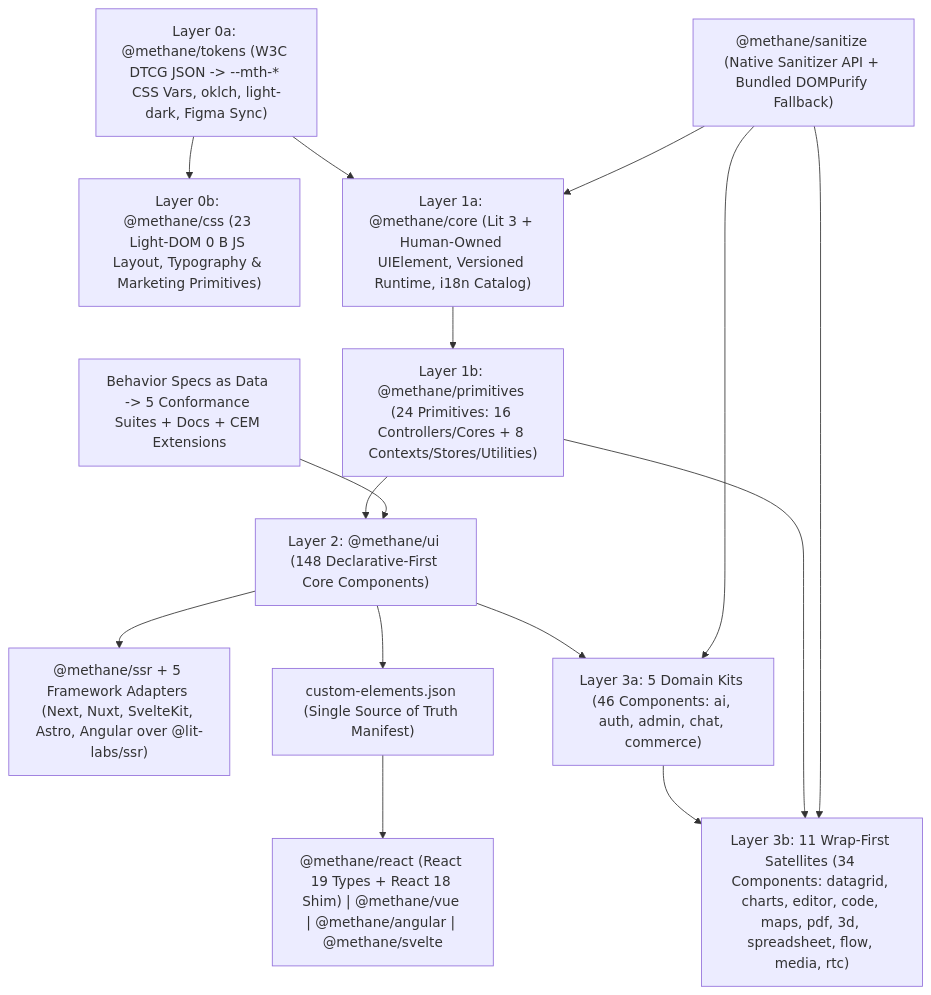
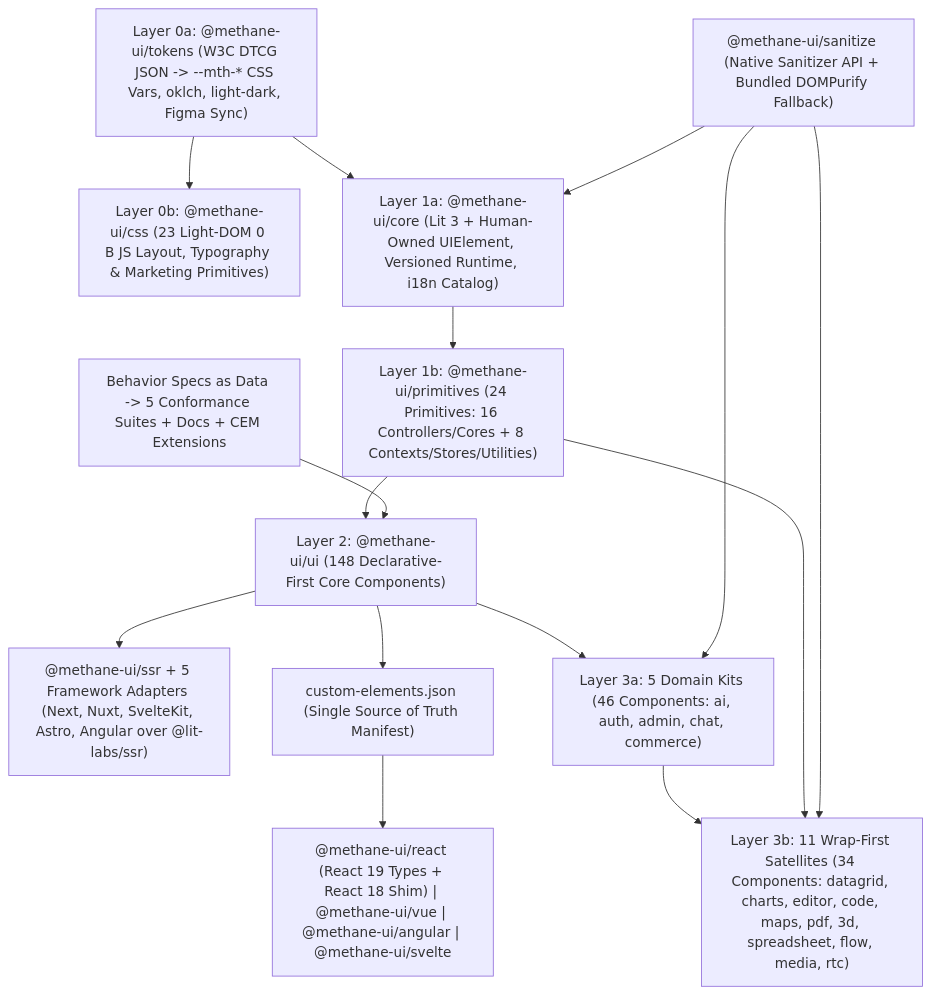
The diagram in PLAN.md (MehdiNosrati/methane), drawn with Mermaid before and after one commit. The commit also changed other lines of this file and 1416 other files, not shown here.

````diff
--- a/PLAN.md
+++ b/PLAN.md
@@ -10,30 +10,30 @@
 ```mermaid
 flowchart TD
-  Tokens["Layer 0a: @methane/tokens (W3C DTCG JSON -> --mth-* CSS Vars, oklch, light-dark, Figma Sync)"]
-  CSS["Layer 0b: @methane/css (23 Light-DOM 0 B JS Layout, Typography & Marketing Primitives)"]
-  Sanitize["@methane/sanitize (Native Sanitizer API + Bundled DOMPurify Fallback)"]
-  Core["Layer 1a: @methane/core (Lit 3 + Human-Owned UIElement, Versioned Runtime, i18n Catalog)"]
-  Primitives["Layer 1b: @methane/primitives (24 Primitives: 16 Controllers/Cores + 8 Contexts/Stores/Utilities)"]
-  UI["Layer 2: @methane/ui (148 Declarative-First Core Components)"]
-  SSR["@methane/ssr + 5 Framework Adapters (Next, Nuxt, SvelteKit, Astro, Angular over @lit-labs/ssr)"]
+  Tokens["Layer 0a: @methane-ui/tokens (W3C DTCG JSON -> --mth-* CSS Vars, oklch, light-dark, Figma Sync)"]
+  CSS["Layer 0b: @methane-ui/css (23 Light-DOM 0 B JS Layout, Typography & Marketing Primitives)"]
+  Sanitize["@methane-ui/sanitize (Native Sanitizer API + Bundled DOMPurify Fallback)"]
+  Core["Layer 1a: @methane-ui/core (Lit 3 + Human-Owned UIElement, Versioned Runtime, i18n Catalog)"]
+  Primitives["Layer 1b: @methane-ui/primitives (24 Primitives: 16 Controllers/Cores + 8 Contexts/Stores/Utilities)"]
+  UI["Layer 2: @methane-ui/ui (148 Declarative-First Core Components)"]
+  SSR["@methane-ui/ssr + 5 Framework Adapters (Next, Nuxt, SvelteKit, Astro, Angular over @lit-labs/ssr)"]
   Specs["Behavior Specs as Data -> 5 Conformance Suites + Docs + CEM Extensions"]
   CEM["custom-elements.json (Single Source of Truth Manifest)"]
-  Wrappers["@methane/react (React 19 Types + React 18 Shim) | @methane/vue | @methane/angular | @methane/svelte"]
+  Wrappers["@methane-ui/react (React 19 Types + React 18 Shim) | @methane-ui/vue | @methane-ui/angular | @methane-ui/svelte"]
   Kits["Layer 3a: 5 Domain Kits (46 Components: ai, auth, admin, chat, commerce)"]
   Satellites["Layer 3b: 11 Wrap-First Satellites (34 Components: datagrid, charts, editor, code, maps, pdf, 3d, spreadsheet, flow, media, rtc)"]
 
   Tokens --> CSS
   Tokens --> Core
   Sanitize --> Core
   Core --> Primitives
   Primitives --> UI
   Specs --> UI
   UI --> SSR
   UI --> CEM
   CEM --> Wrappers
   UI --> Kits
   Kits --> Satellites
   Primitives --> Satellites
   Sanitize --> Kits
   Sanitize --> Satellites
 ```
````
